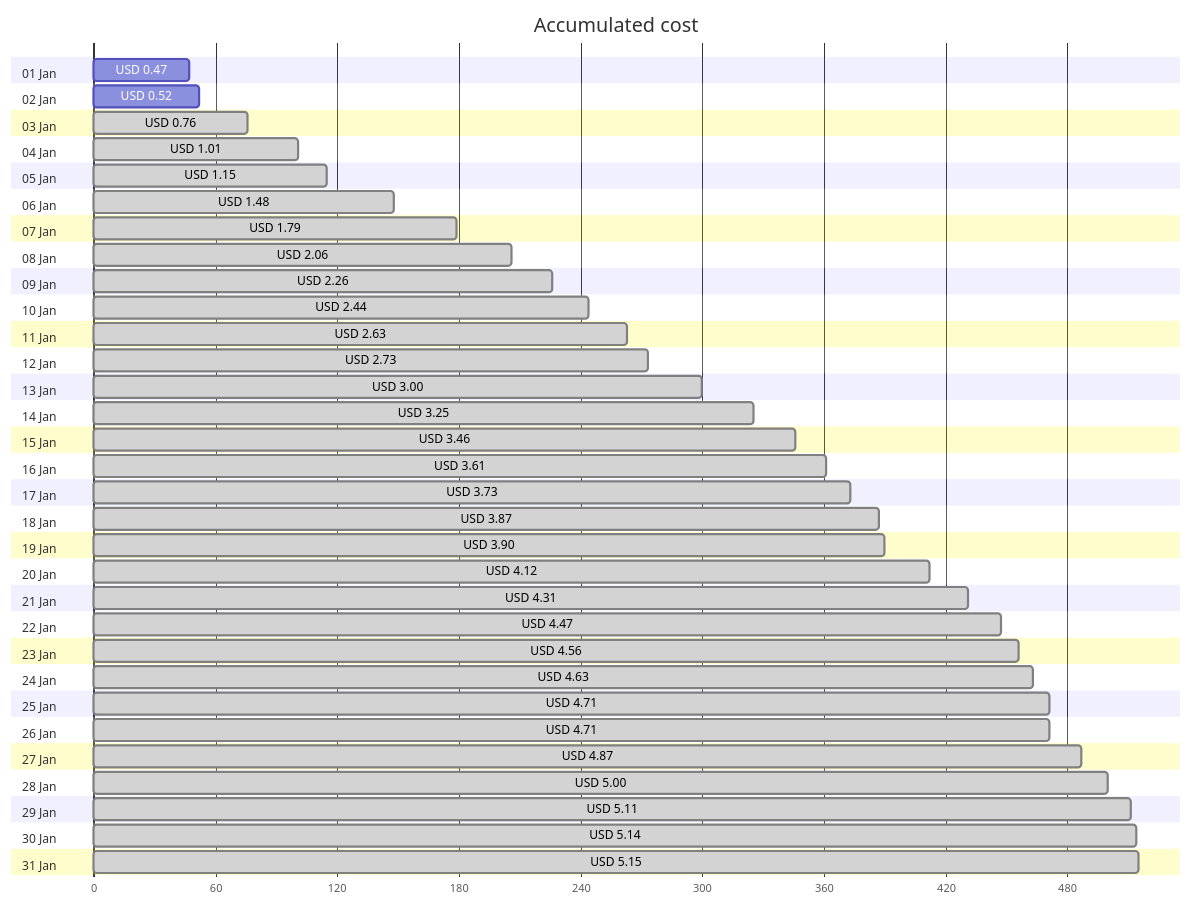
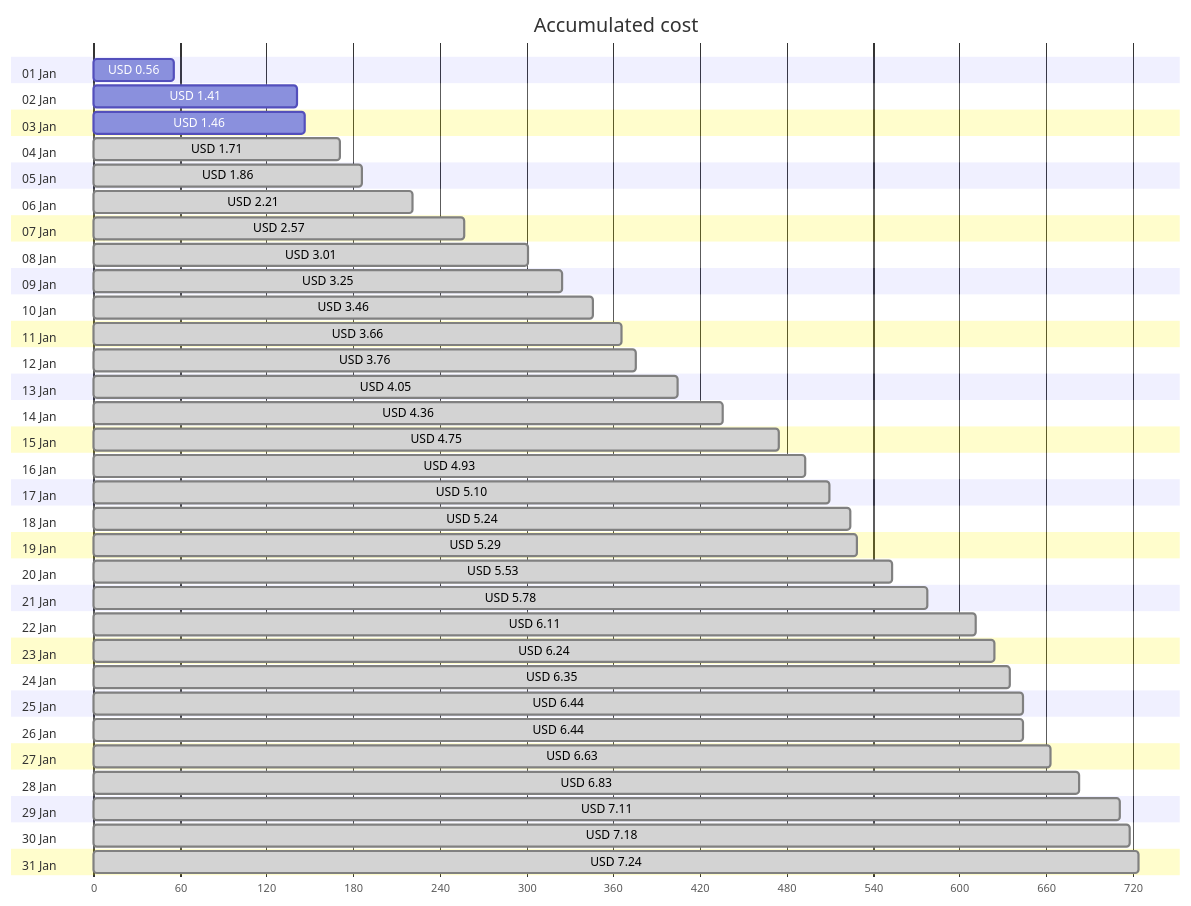
One commit to jpfulton/azure-personal-reports changed the first of 4 diagrams in cost-reports/personal-network/vpn-server.md. Above: the diagram before and after it, drawn with Mermaid. The commit also changed other lines of this file and 8 other files, not shown here.

````diff
--- a/cost-reports/personal-network/vpn-server.md
+++ b/cost-reports/personal-network/vpn-server.md
@@ -20,68 +20,68 @@
 ```mermaid
 gantt
    title Accumulated cost
    dateFormat  X
    axisFormat %s
    section 01 Jan
-   USD 0.47 :0, 47
+   USD 0.56 :0, 56
    section 02 Jan
-   USD 0.52 :0, 52
+   USD 1.41 :0, 141
    section 03 Jan
-   USD 0.76 : done, 0, 76
+   USD 1.46 :0, 146
    section 04 Jan
-   USD 1.01 : done, 0, 101
+   USD 1.71 : done, 0, 171
    section 05 Jan
-   USD 1.15 : done, 0, 115
+   USD 1.86 : done, 0, 186
    section 06 Jan
-   USD 1.48 : done, 0, 148
+   USD 2.21 : done, 0, 221
    section 07 Jan
-   USD 1.79 : done, 0, 179
+   USD 2.57 : done, 0, 257
    section 08 Jan
-   USD 2.06 : done, 0, 206
+   USD 3.01 : done, 0, 301
    section 09 Jan
-   USD 2.26 : done, 0, 226
+   USD 3.25 : done, 0, 325
    section 10 Jan
-   USD 2.44 : done, 0, 244
+   USD 3.46 : done, 0, 346
    section 11 Jan
-   USD 2.63 : done, 0, 263
+   USD 3.66 : done, 0, 366
    section 12 Jan
-   USD 2.73 : done, 0, 273
+   USD 3.76 : done, 0, 376
    section 13 Jan
-   USD 3.00 : done, 0, 300
+   USD 4.05 : done, 0, 405
    section 14 Jan
-   USD 3.25 : done, 0, 325
+   USD 4.36 : done, 0, 436
    section 15 Jan
-   USD 3.46 : done, 0, 346
+   USD 4.75 : done, 0, 475
    section 16 Jan
-   USD 3.61 : done, 0, 361
+   USD 4.93 : done, 0, 493
    section 17 Jan
-   USD 3.73 : done, 0, 373
+   USD 5.10 : done, 0, 510
    section 18 Jan
-   USD 3.87 : done, 0, 387
+   USD 5.24 : done, 0, 524
    section 19 Jan
-   USD 3.90 : done, 0, 390
+   USD 5.29 : done, 0, 529
    section 20 Jan
-   USD 4.12 : done, 0, 412
+   USD 5.53 : done, 0, 553
    section 21 Jan
-   USD 4.31 : done, 0, 431
+   USD 5.78 : done, 0, 578
    section 22 Jan
-   USD 4.47 : done, 0, 447
+   USD 6.11 : done, 0, 611
    section 23 Jan
-   USD 4.56 : done, 0, 456
+   USD 6.24 : done, 0, 624
    section 24 Jan
-   USD 4.63 : done, 0, 463
+   USD 6.35 : done, 0, 635
    section 25 Jan
-   USD 4.71 : done, 0, 471
+   USD 6.44 : done, 0, 644
    section 26 Jan
-   USD 4.71 : done, 0, 471
+   USD 6.44 : done, 0, 644
    section 27 Jan
-   USD 4.87 : done, 0, 487
+   USD 6.63 : done, 0, 663
    section 28 Jan
-   USD 5.00 : done, 0, 500
+   USD 6.83 : done, 0, 683
    section 29 Jan
-   USD 5.11 : done, 0, 511
+   USD 7.11 : done, 0, 711
    section 30 Jan
-   USD 5.14 : done, 0, 514
+   USD 7.18 : done, 0, 718
    section 31 Jan
-   USD 5.15 : done, 0, 515
+   USD 7.24 : done, 0, 724
 ```
````
